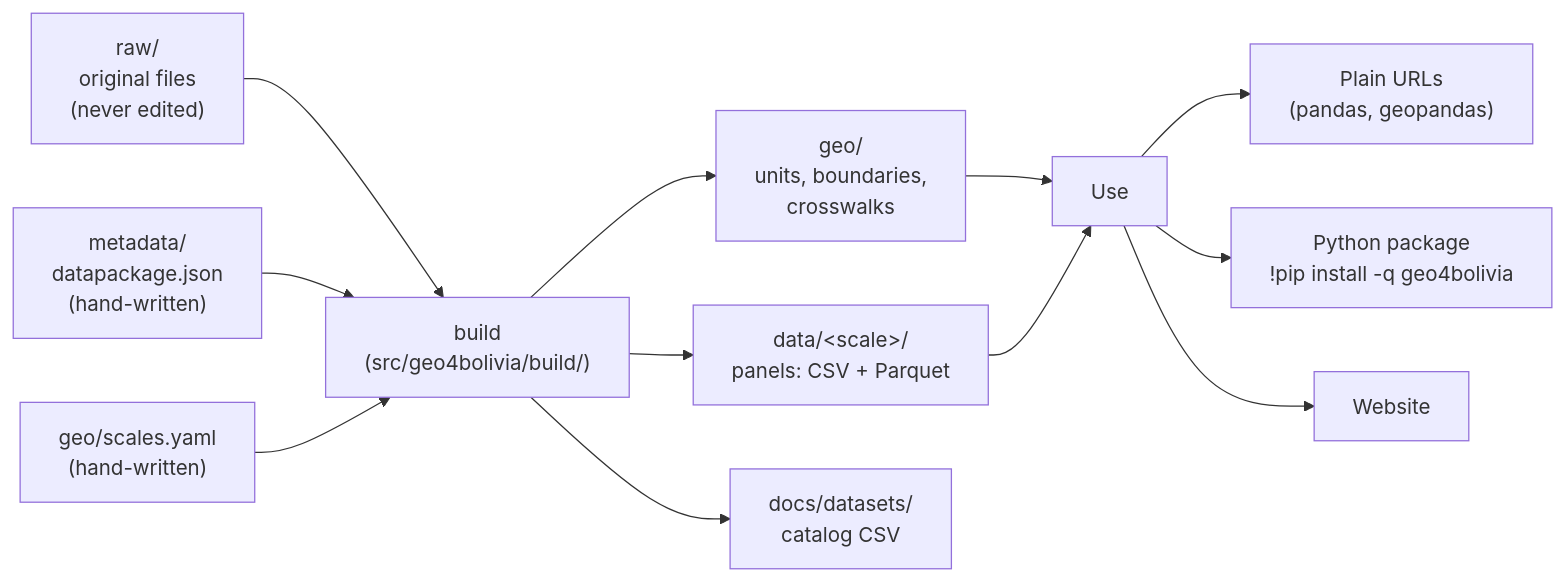
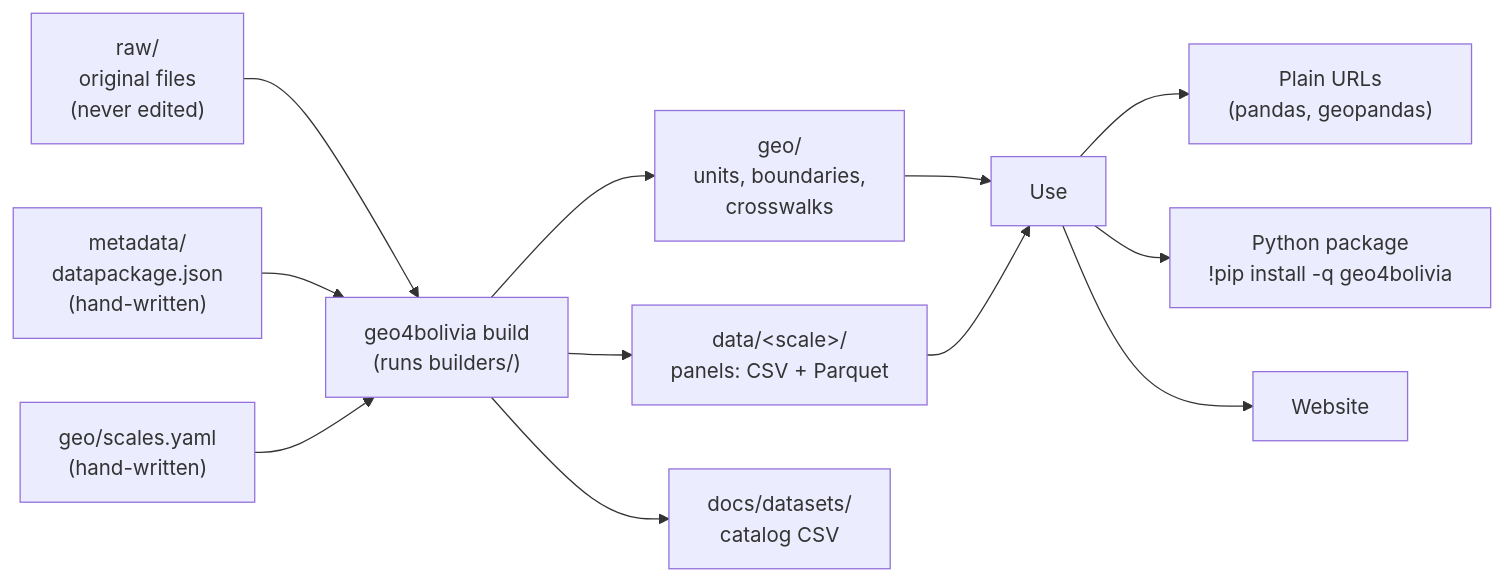
Before and after one commit to quarcs-lab/gdo4bolivia: the diagram in docs/data-infrastructure.md, drawn with Mermaid. The commit also changed other lines of this file and 117 other files, not shown here.

````diff
--- a/docs/data-infrastructure.md
+++ b/docs/data-infrastructure.md
@@ -23,14 +25,14 @@
 ```mermaid
 flowchart LR
-    raw["raw/<br/>original files<br/>(never edited)"] --> build["build<br/>(src/geo4bolivia/build/)"]
+    raw["raw/<br/>original files<br/>(never edited)"] --> build["geo4bolivia build<br/>(runs builders/)"]
     meta["metadata/<br/>datapackage.json<br/>(hand-written)"] --> build
     scales["geo/scales.yaml<br/>(hand-written)"] --> build
     build --> geo["geo/<br/>units, boundaries,<br/>crosswalks"]
     build --> data["data/&lt;scale&gt;/<br/>panels: CSV + Parquet"]
     build --> docs["docs/datasets/<br/>catalog CSV"]
     geo --> use["Use"]
     data --> use
     use --> url["Plain URLs<br/>(pandas, geopandas)"]
     use --> pkg["Python package<br/>!pip install -q geo4bolivia"]
     use --> web["Website"]
 ```
````
